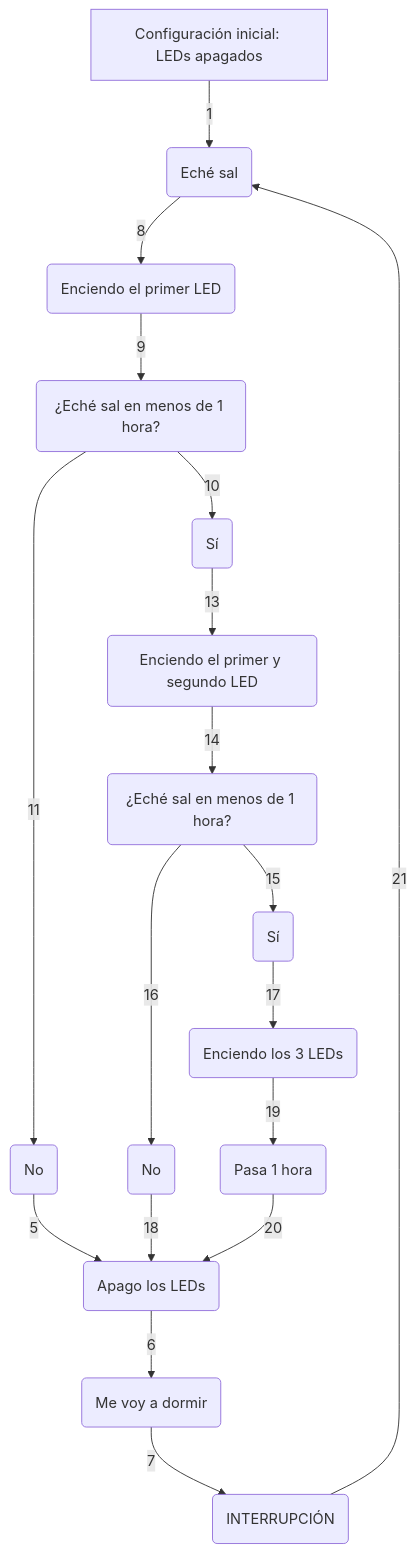
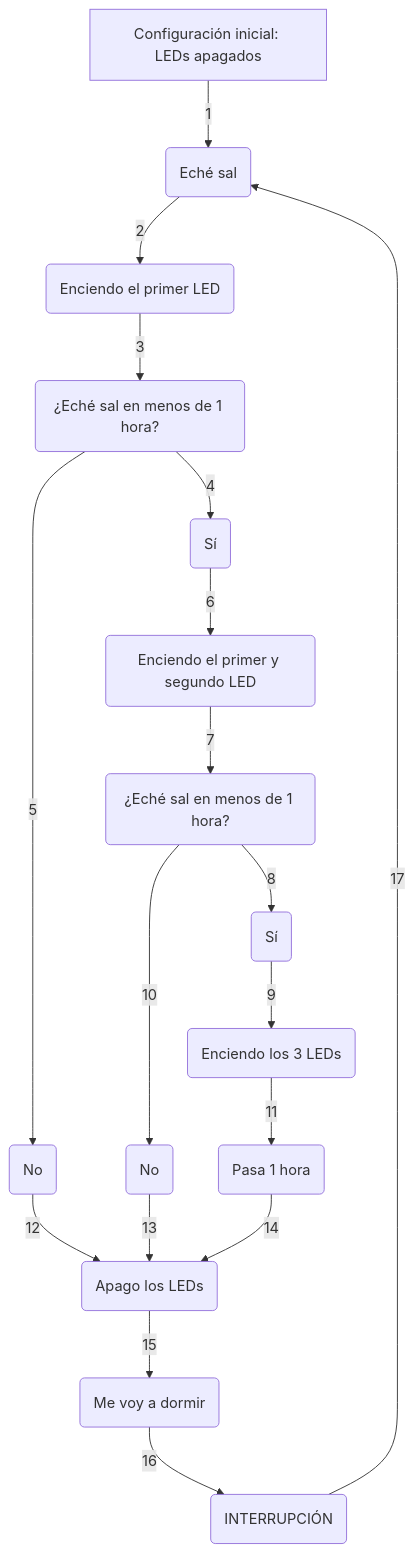
Before and after one commit to MediaLabUniovi/Salero-MdN: the diagram in README.md, drawn with Mermaid.

````diff
--- a/README.md
+++ b/README.md
@@ -80,21 +80,21 @@
 ```mermaid
 graph TD;
   A[Configuración inicial: LEDs apagados] -->|1| B(Eché sal)
-  G -->|6| S(Me voy a dormir)
-  S -->|7| T(INTERRUPCIÓN)
-  T -->|21| B
-  B -->|8| H(Enciendo el primer LED)
-  H -->|9| I(¿Eché sal en menos de 1 hora?)
-  I -->|10| J(Sí)
-  I -->|11| K(No)
-  K -->|5| G(Apago los LEDs)
-  J -->|13| L(Enciendo el primer y segundo LED)
-  L -->|14| M(¿Eché sal en menos de 1 hora?)
-  M -->|15| N(Sí)
-  M -->|16| O(No)
-  N -->|17| P(Enciendo los 3 LEDs)
-  O -->|18| G
-  P -->|19| R(Pasa 1 hora)
-  R -->|20| G
+  G -->|15| S(Me voy a dormir)
+  S -->|16| T(INTERRUPCIÓN)
+  T -->|17| B
+  B -->|2| H(Enciendo el primer LED)
+  H -->|3| I(¿Eché sal en menos de 1 hora?)
+  I -->|4| J(Sí)
+  I -->|5| K(No)
+  K -->|12| G(Apago los LEDs)
+  J -->|6| L(Enciendo el primer y segundo LED)
+  L -->|7| M(¿Eché sal en menos de 1 hora?)
+  M -->|8| N(Sí)
+  M -->|10| O(No)
+  N -->|9| P(Enciendo los 3 LEDs)
+  O -->|13| G
+  P -->|11| R(Pasa 1 hora)
+  R -->|14| G
   
 ```
````
